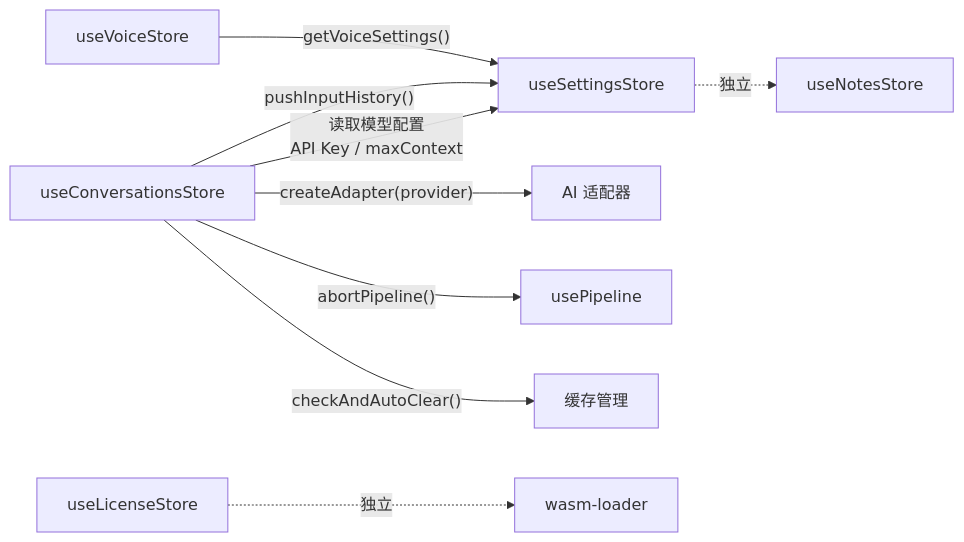
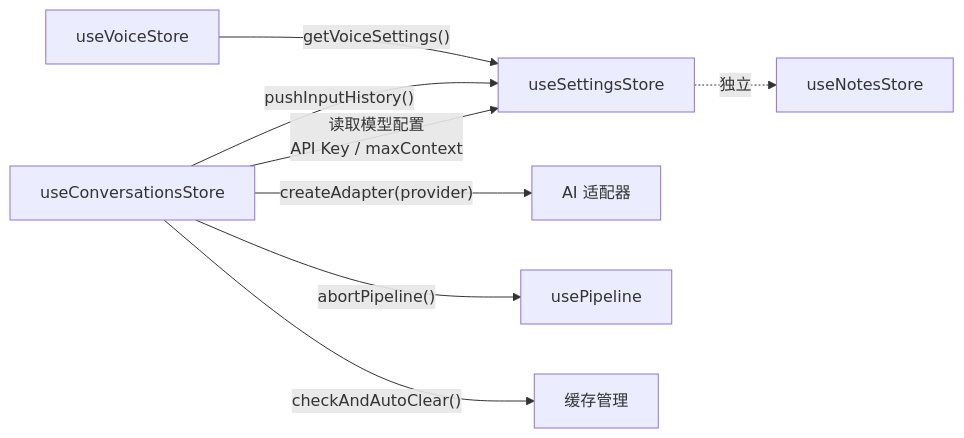
Before and after one commit to zw123zw/ai-browser: the second of 10 diagrams in docs/architecture/state-management.md, drawn with Mermaid. The commit also changed other lines of this file and 46 other files, not shown here.

````diff
--- a/docs/architecture/state-management.md
+++ b/docs/architecture/state-management.md
@@ -111,11 +109,10 @@
 ```mermaid
 graph LR
     CS["useConversationsStore"] -->|"读取模型配置<br/>API Key / maxContext"| SS["useSettingsStore"]
     CS -->|"createAdapter(provider)"| AD["AI 适配器"]
     CS -->|"abortPipeline()"| PL["usePipeline"]
     CS -->|"pushInputHistory()"| SS
     CS -->|"checkAndAutoClear()"| Cache["缓存管理"]
     VS["useVoiceStore"] -->|"getVoiceSettings()"| SS
-    LS["useLicenseStore"] -.->|"独立"| WL["wasm-loader"]
     SS -.->|"独立"| NS["useNotesStore"]
 ```
````
